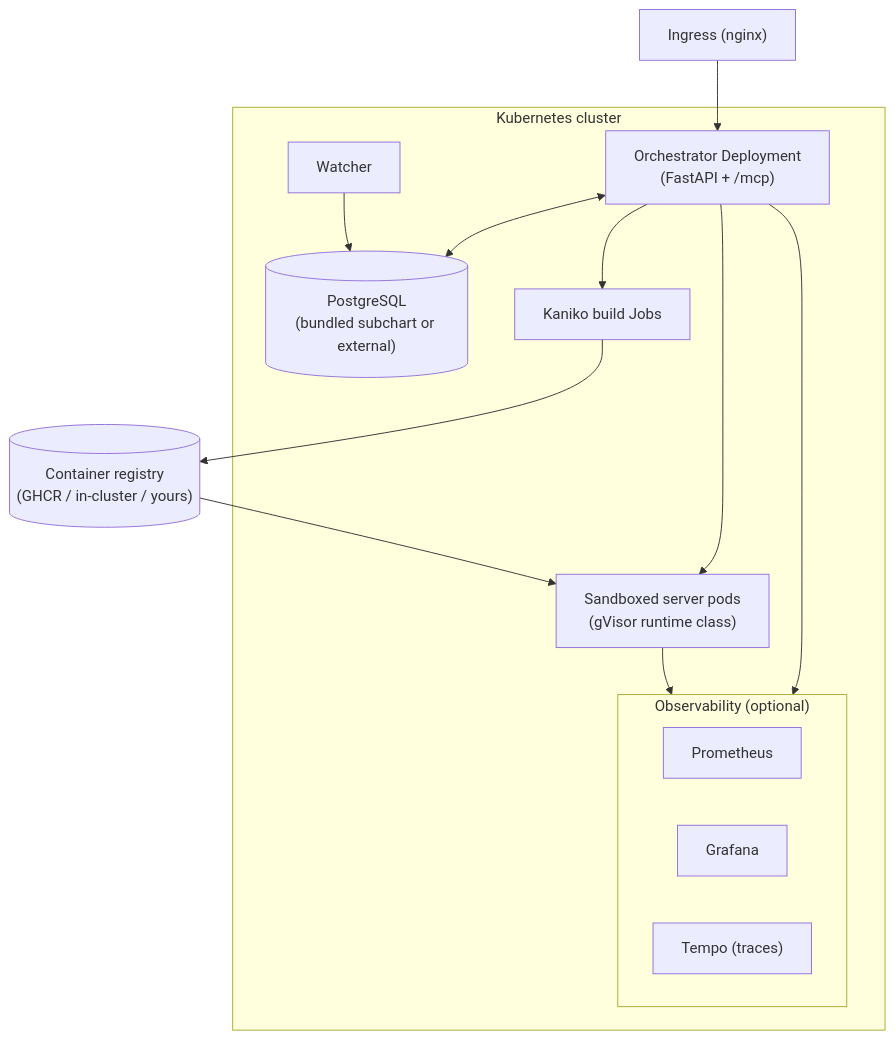
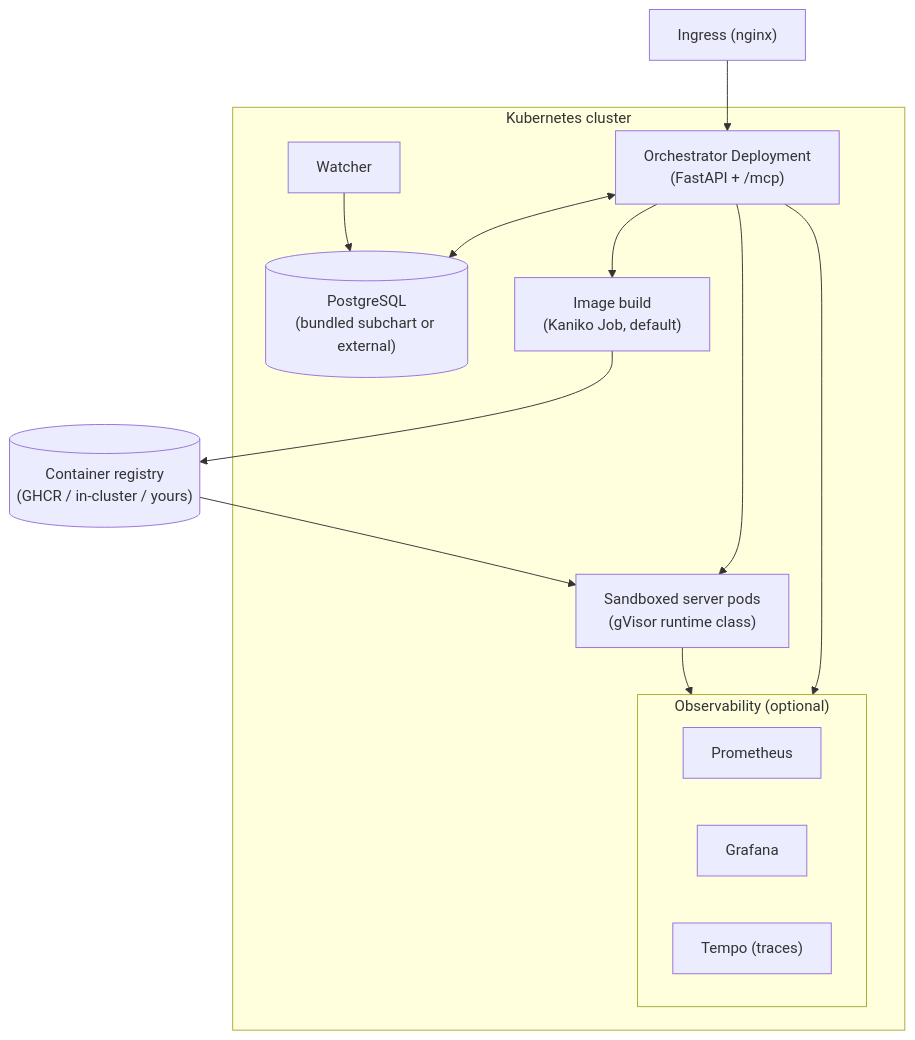
One commit to JetBrains-Research/idegym changed the diagram in website/docs/deployment.md. Above: the diagram before and after it, drawn with Mermaid. The commit also changed other lines of this file and 9 other files, not shown here.

````diff
--- a/website/docs/deployment.md
+++ b/website/docs/deployment.md
@@ -15,31 +15,31 @@
 ```mermaid
 flowchart TB
     subgraph cluster["Kubernetes cluster"]
         orch["Orchestrator Deployment<br/>(FastAPI + /mcp)"]
         pg[("PostgreSQL<br/>(bundled subchart or external)")]
         watcher["Watcher"]
         subgraph obs["Observability (optional)"]
             prom["Prometheus"]
             graf["Grafana"]
             tempo["Tempo (traces)"]
         end
-        builds["Kaniko build Jobs"]
+        builds["Image build<br/>(Kaniko Job, default)"]
         pods["Sandboxed server pods<br/>(gVisor runtime class)"]
     end
     reg[("Container registry<br/>(GHCR / in-cluster / yours)")]
     ingress["Ingress (nginx)"]
 
     ingress --> orch
     orch <--> pg
     watcher --> pg
     orch --> builds --> reg
     orch --> pods
     reg --> pods
     orch --> obs
     pods --> obs
 
     click orch "/idegym/architecture/orchestrator" "Orchestrator"
     click watcher "/idegym/architecture/watcher" "Watcher"
     click builds "/idegym/architecture/image-builder" "Image builds"
     click pods "/idegym/architecture/server" "Server pods"
 ```
````
